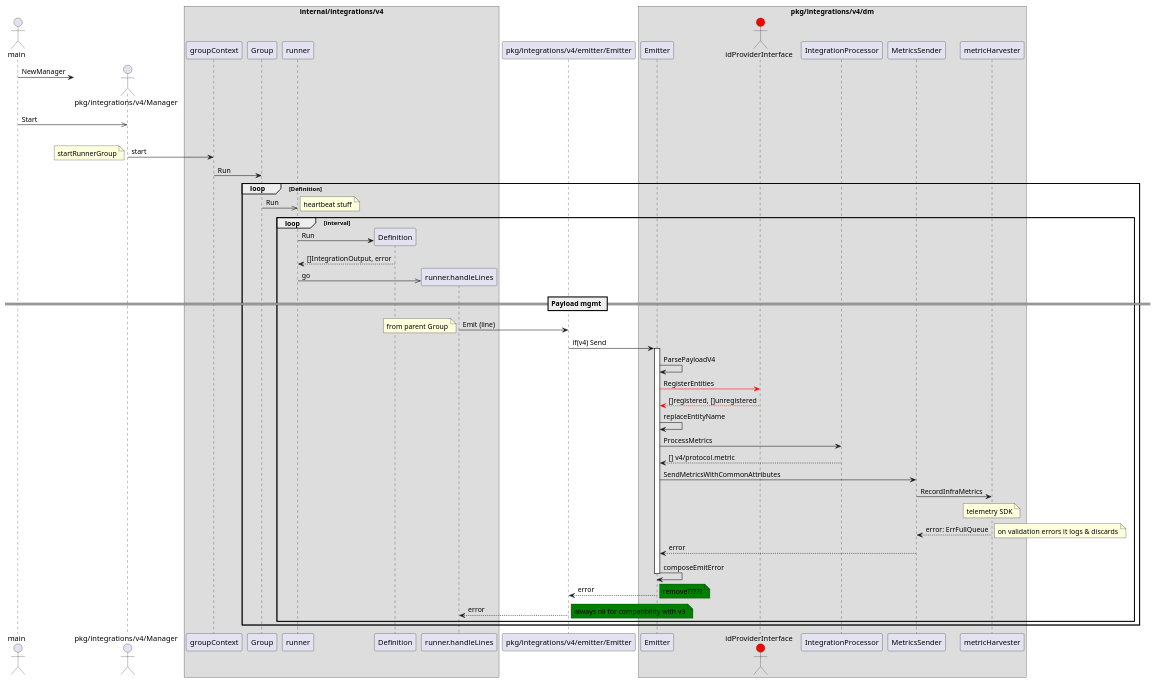
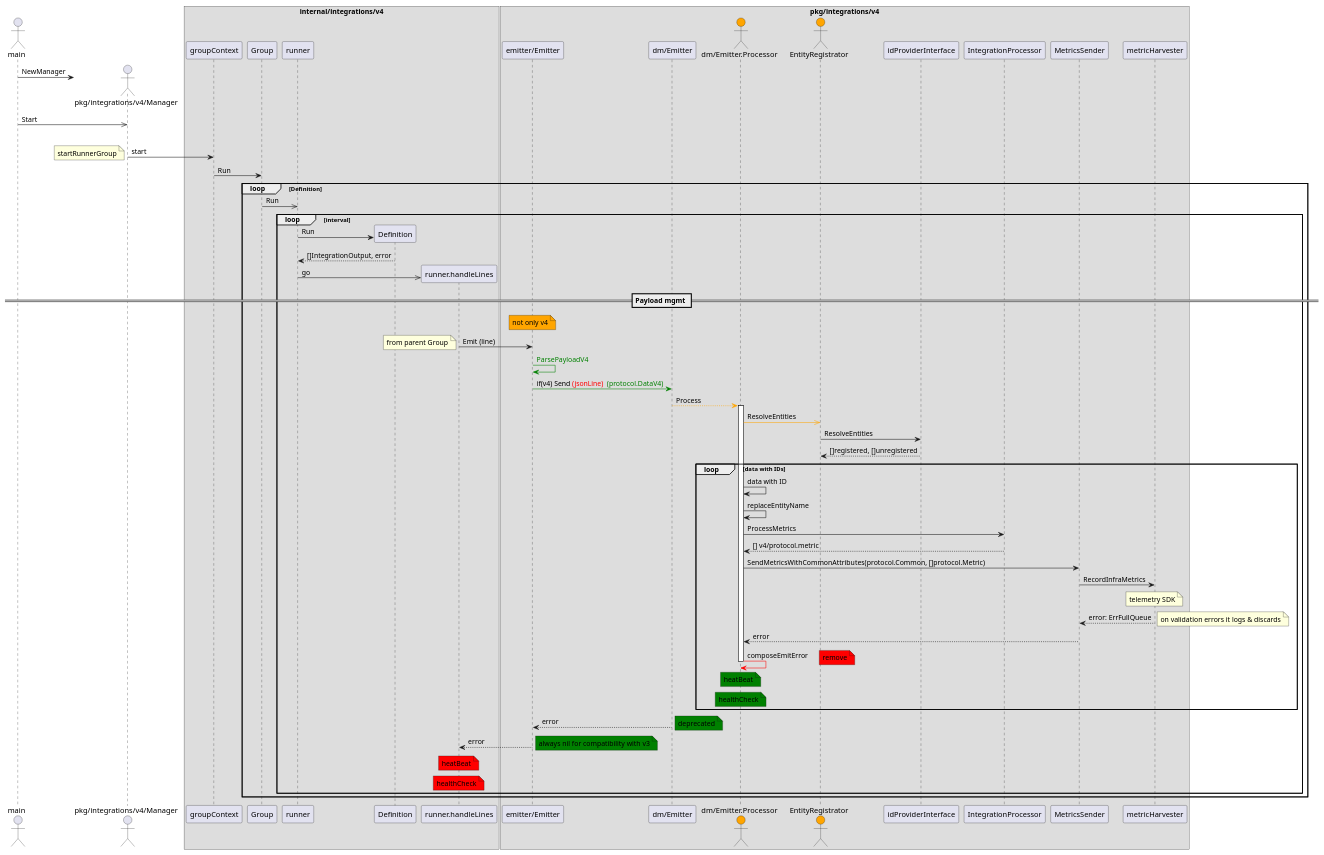
The diagram in pkg/integrations/v4/sequence.plantuml (newrelic/infrastructure-agent), drawn with PlantUML before and after one commit.

Commit message:
docs: sequence diagram Send signature update

```diff
--- a/pkg/integrations/v4/sequence.plantuml
+++ b/pkg/integrations/v4/sequence.plantuml
@@ -1,83 +1,103 @@
 @startuml
 
 actor main
 actor "pkg/integrations/v4/Manager"
 create "pkg/integrations/v4/Manager"
 main -> "pkg/integrations/v4/Manager": NewManager
 
 main ->> "pkg/integrations/v4/Manager": Start
 
 'create  "pkg/integrations/v4/emitter"
 
 box "internal/integrations/v4"
 
 loop groupContext
 
     "pkg/integrations/v4/Manager" -> "groupContext" : start
     note left: startRunnerGroup
     "groupContext" -> Group : Run
 
     loop Definition
         Group ->> runner : Run
 
         loop interval
 
-        note right: heartbeat stuff
-
         create Definition
         runner -> Definition : Run
         runner <-- Definition : []IntegrationOutput, error
 
         create "runner.handleLines"
         runner ->> "runner.handleLines" : go
 
 end box
 
+box "pkg/integrations/v4"
+
         == Payload mgmt ==
 
-        "runner.handleLines" -> "pkg/integrations/v4/emitter/Emitter" : Emit (line)
-        note left: from parent Group
+        note over "emitter/Emitter" #orange : not only v4
 
-        box "pkg/integrations/v4/dm"
+        "runner.handleLines" -> "emitter/Emitter" : Emit (line)
+        note left : from parent Group
 
-        "pkg/integrations/v4/emitter/Emitter" -> Emitter : if(v4) Send
+        "emitter/Emitter" -[#green]> "emitter/Emitter" : <font color=green>ParsePayloadV4
 
-        activate Emitter
 
-        Emitter -> Emitter : ParsePayloadV4
+        "emitter/Emitter" -[#green]> "dm/Emitter" : if(v4) Send <font color=red>(jsonLine)  <font color=green>(protocol.DataV4)
 
-        actor idProviderInterface #red
-        Emitter -[#red]> idProviderInterface : RegisterEntities
-        Emitter <[#red]-- idProviderInterface : []registered, []unregistered
+        actor "dm/Emitter.Processor" #orange
 
-        Emitter -> Emitter : replaceEntityName
+         "dm/Emitter" --[#orange]> "dm/Emitter.Processor" : Process
+        activate "dm/Emitter.Processor"
 
-        Emitter -> "IntegrationProcessor" : ProcessMetrics
-        Emitter <-- "IntegrationProcessor" : [] v4/protocol.metric
+        actor EntityRegistrator #orange
 
-        Emitter -> MetricsSender : SendMetricsWithCommonAttributes
+        "dm/Emitter.Processor" -[#orange]>> EntityRegistrator : ResolveEntities
+        EntityRegistrator -> idProviderInterface : ResolveEntities
+        EntityRegistrator <-- idProviderInterface : []registered, []unregistered
+'        "dm/Emitter.Processor" <[#orange]-- EntityRegistrator : []registered, []unregistered
+
+        loop data with IDs
+
+        "dm/Emitter.Processor" -> "dm/Emitter.Processor" : data with ID
+        "dm/Emitter.Processor" -> "dm/Emitter.Processor" : replaceEntityName
+
+        "dm/Emitter.Processor" -> "IntegrationProcessor" : ProcessMetrics
+        "dm/Emitter.Processor" <-- "IntegrationProcessor" : [] v4/protocol.metric
+
+        "dm/Emitter.Processor" -> MetricsSender : SendMetricsWithCommonAttributes(protocol.Common, []protocol.Metric)
 
         MetricsSender -> metricHarvester : RecordInfraMetrics
-        note over metricHarvester: telemetry SDK
+
+        note over metricHarvester : telemetry SDK
+
         MetricsSender <-- metricHarvester : error: ErrFullQueue
-        note right: on validation errors it logs & discards
+        note right : on validation errors it logs & discards
 
-        Emitter <-- MetricsSender : error
+        "dm/Emitter.Processor" <-- MetricsSender : error
 
-        Emitter -> Emitter : composeEmitError
+        "dm/Emitter.Processor" -[#red]> "dm/Emitter.Processor" : composeEmitError
+        note right #red : remove
+        note over "dm/Emitter.Processor" #green : heatBeat
+        note over "dm/Emitter.Processor" #green : healthCheck
 
-        deactivate Emitter
+        deactivate "dm/Emitter.Processor"
 
-        "pkg/integrations/v4/emitter/Emitter" <-- Emitter : error
-        note right #green: remove?????
+        end
 
-        end box
+        "emitter/Emitter" <-- "dm/Emitter" : error
+        note right #green : deprecated
 
-        "runner.handleLines" <-- "pkg/integrations/v4/emitter/Emitter" : error
-        note right #green: always nil for compatibility with v3
+        "runner.handleLines" <-- "emitter/Emitter" : error
+        note right #green : always nil for compatibility with v3
+
+        note over "runner.handleLines" #red : heatBeat
+        note over "runner.handleLines" #red : healthCheck
+
     end
 
 end
 
+end box
 
 @enduml
```
